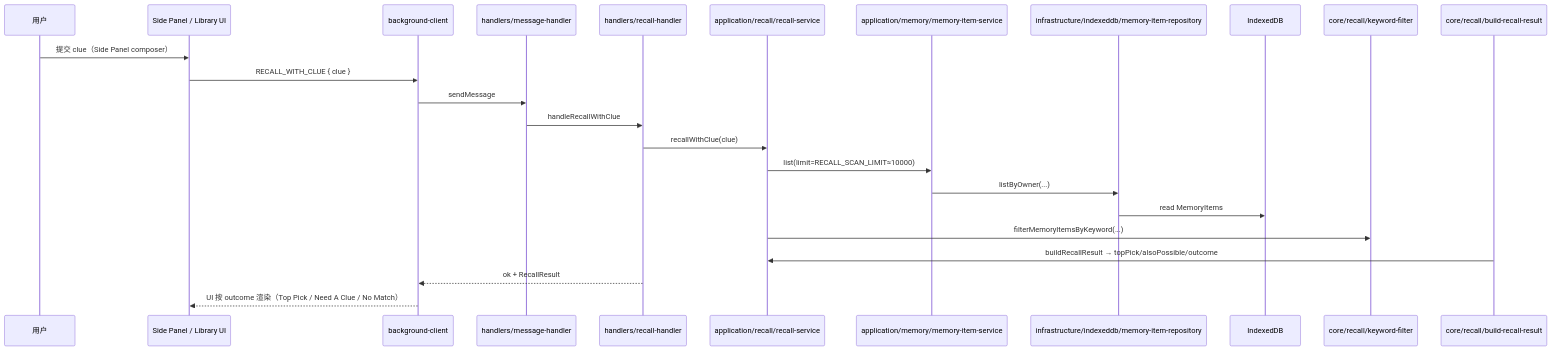
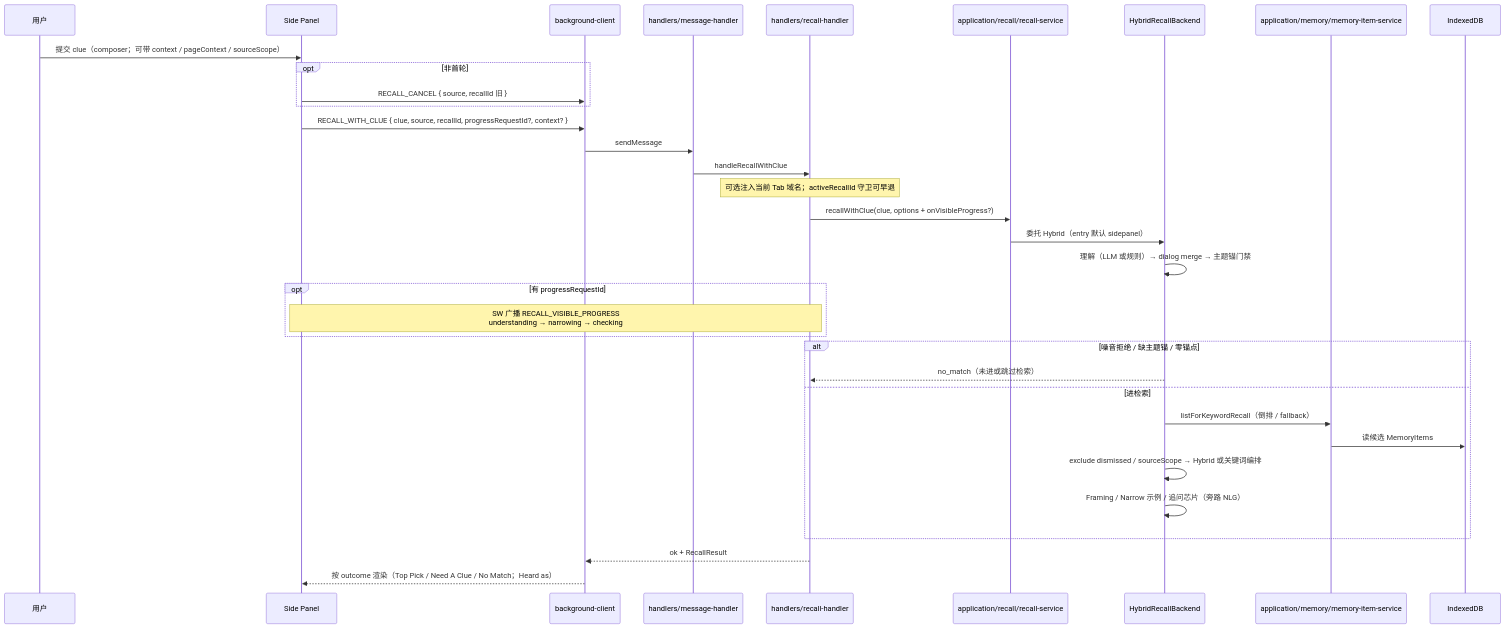
The fourth of 8 diagrams in docs/architecture/Yiveno-运行时架构流程-v1.md (yiveno/yiveno), drawn with Mermaid before and after one commit. The commit also changed other lines of this file and 48 other files, not shown here.

First line of the commit message:
docs: mermaid 图表库与 figma/cws 截图对齐

````diff
--- a/docs/architecture/Yiveno-运行时架构流程-v1.md
+++ b/docs/architecture/Yiveno-运行时架构流程-v1.md
@@ -261,27 +397,37 @@
 ```mermaid
 sequenceDiagram
   participant U as 用户
-  participant UI as Side Panel / Library UI
+  participant UI as Side Panel
   participant BC as background-client
   participant MH as handlers/message-handler
   participant RH as handlers/recall-handler
   participant RS as application/recall/recall-service
+  participant HB as HybridRecallBackend
   participant MS as application/memory/memory-item-service
-  participant REPO as infrastructure/indexeddb/memory-item-repository
   participant IDB as IndexedDB
-  participant KF as core/recall/keyword-filter
-  participant BR as core/recall/build-recall-result
 
-  U->>UI: 提交 clue（Side Panel composer）
-  UI->>BC: RECALL_WITH_CLUE { clue }
+  U->>UI: 提交 clue（composer；可带 context / pageContext / sourceScope）
+  opt 非首轮
+    UI->>BC: RECALL_CANCEL { source, recallId 旧 }
+  end
+  UI->>BC: RECALL_WITH_CLUE { clue, source, recallId, progressRequestId?, context? }
   BC->>MH: sendMessage
   MH->>RH: handleRecallWithClue
-  RH->>RS: recallWithClue(clue)
-  RS->>MS: list(limit=RECALL_SCAN_LIMIT≈10000)
-  MS->>REPO: listByOwner(...)
-  REPO->>IDB: read MemoryItems
-  RS->>KF: filterMemoryItemsByKeyword(...)
-  BR->>RS: buildRecallResult → topPick/alsoPossible/outcome
+  Note over RH: 可选注入当前 Tab 域名；activeRecallId 守卫可早退
+  RH->>RS: recallWithClue(clue, options + onVisibleProgress?)
+  RS->>HB: 委托 Hybrid（entry 默认 sidepanel）
+  HB->>HB: 理解（LLM 或规则）→ dialog merge → 主题锚门禁
+  opt 有 progressRequestId
+    Note over UI,RH: SW 广播 RECALL_VISIBLE_PROGRESS<br/>understanding → narrowing → checking
+  end
+  alt 噪音拒绝 / 缺主题锚 / 零锚点
+    HB-->>RH: no_match（未进或跳过检索）
+  else 进检索
+    HB->>MS: listForKeywordRecall（倒排 / fallback）
+    MS->>IDB: 读候选 MemoryItems
+    HB->>HB: exclude dismissed / sourceScope → Hybrid 或关键词编排
+    HB->>HB: Framing / Narrow 示例 / 追问芯片（旁路 NLG）
+  end
   RH-->>BC: ok + RecallResult
-  BC-->>UI: UI 按 outcome 渲染（Top Pick / Need A Clue / No Match）
+  BC-->>UI: 按 outcome 渲染（Top Pick / Need A Clue / No Match；Heard as）
 ```
````
